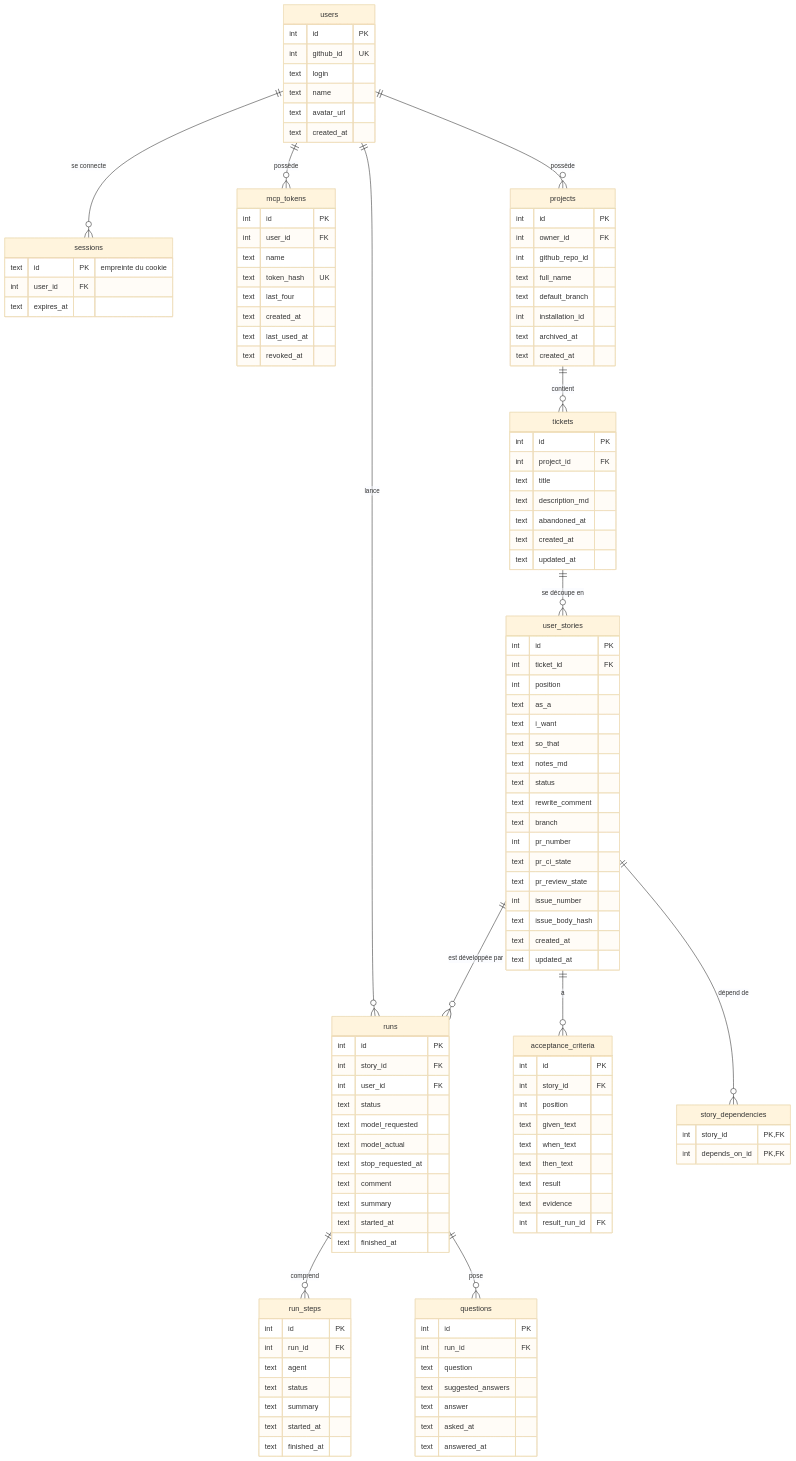
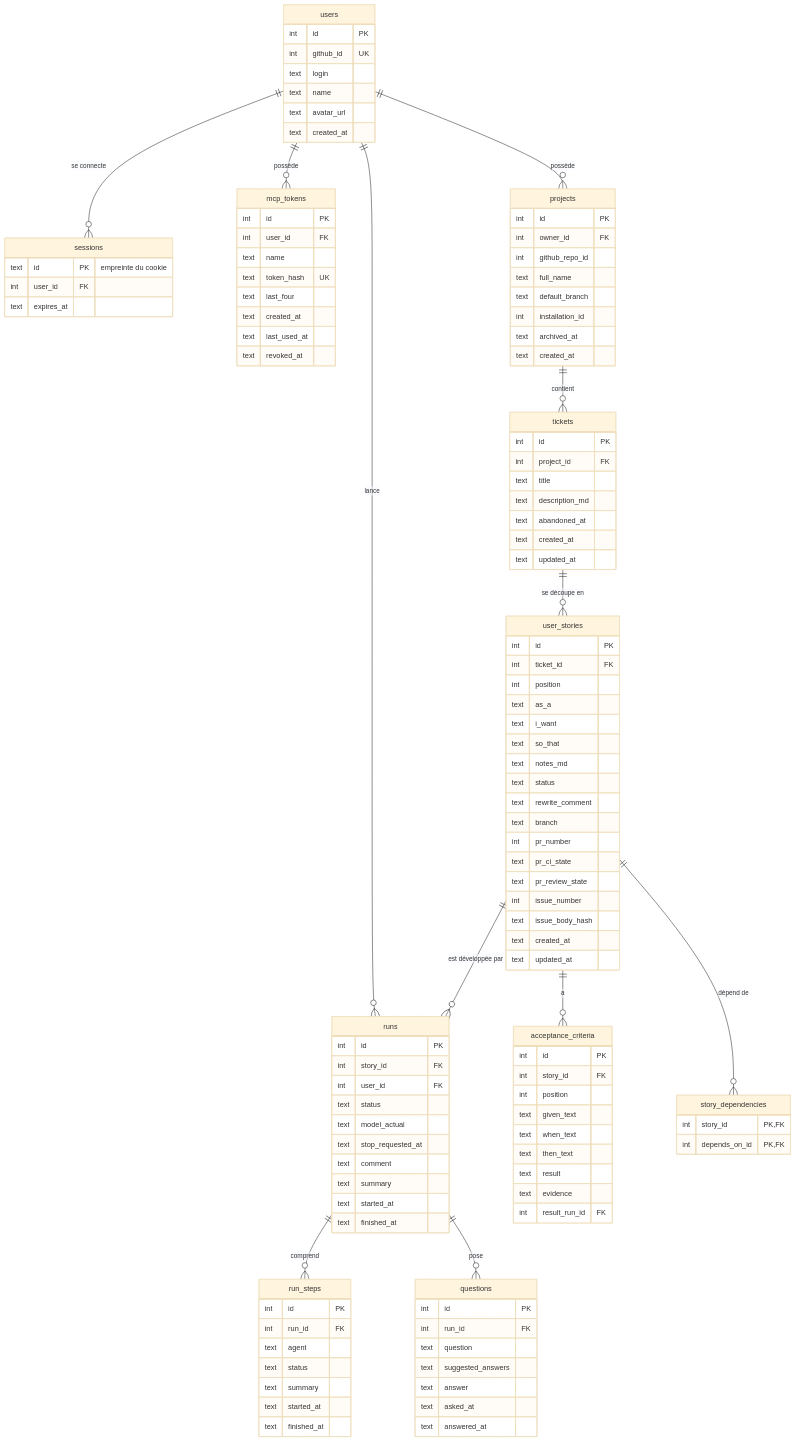
Before and after one commit to vidal-dorian/Cockpit-v2: the diagram in docs/decisions/002-modele-donnees.md, drawn with Mermaid (base theme). The commit also changed other lines of this file and 3 other files, not shown here.

```diff
--- a/docs/decisions/002-modele-donnees.md
+++ b/docs/decisions/002-modele-donnees.md
@@ -112,7 +112,6 @@
         int story_id FK
         int user_id FK
         text status
-        text model_requested
         text model_actual
         text stop_requested_at
         text comment
```
